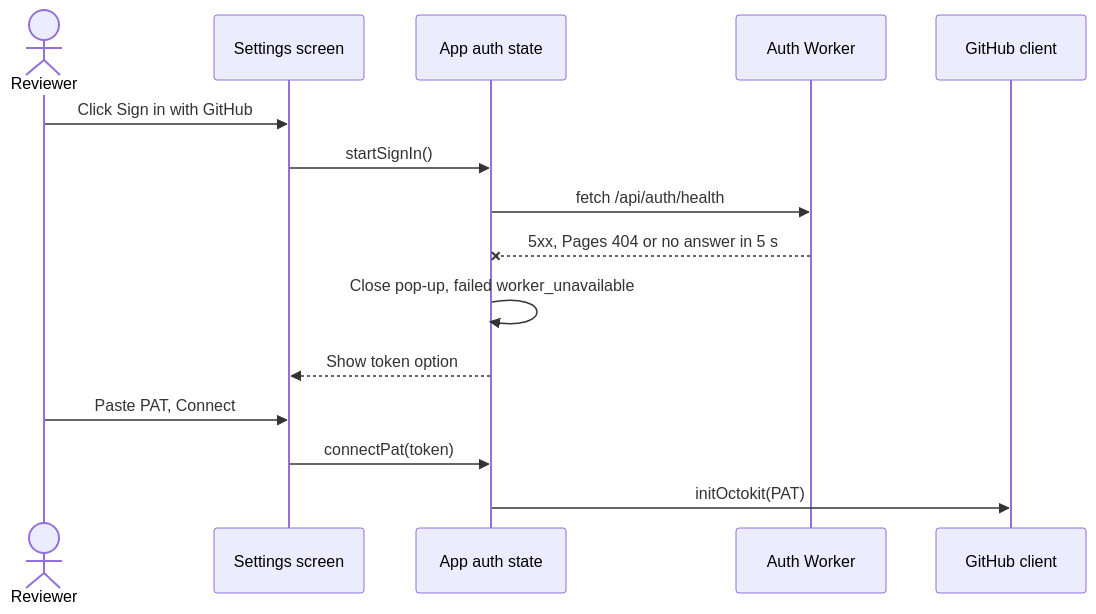
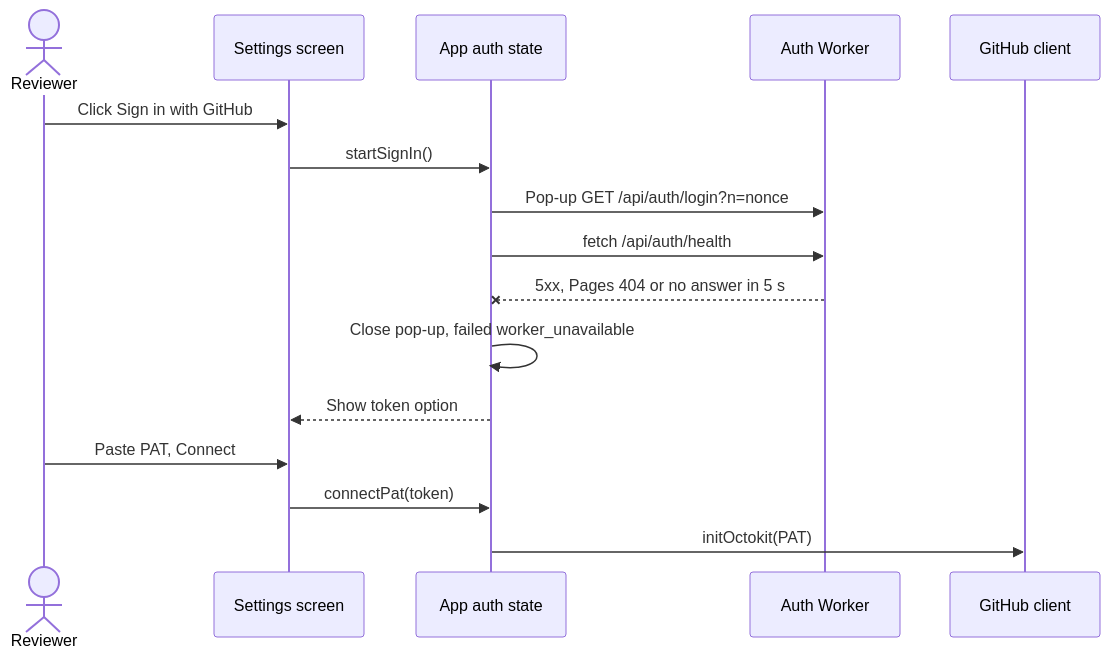
One commit to mardoc-app/mardoc-app.github.io changed the diagram in docs/design/github-sign-in/diagrams/worker-down.mmd. Above: the diagram before and after it, drawn with Mermaid. The commit also changed 1 other file, not shown here.

```diff
--- a/docs/design/github-sign-in/diagrams/worker-down.mmd
+++ b/docs/design/github-sign-in/diagrams/worker-down.mmd
@@ -1,15 +1,16 @@
 sequenceDiagram
   actor R as Reviewer
   participant S as Settings screen
   participant A as App auth state
   participant W as Auth Worker
   participant C as GitHub client
   R->>S: Click Sign in with GitHub
   S->>A: startSignIn()
+  A->>W: Pop-up GET /api/auth/login?n=nonce
   A->>W: fetch /api/auth/health
   W--xA: 5xx, Pages 404 or no answer in 5 s
   A->>A: Close pop-up, failed worker_unavailable
   A-->>S: Show token option
   R->>S: Paste PAT, Connect
   S->>A: connectPat(token)
   A->>C: initOctokit(PAT)
```
